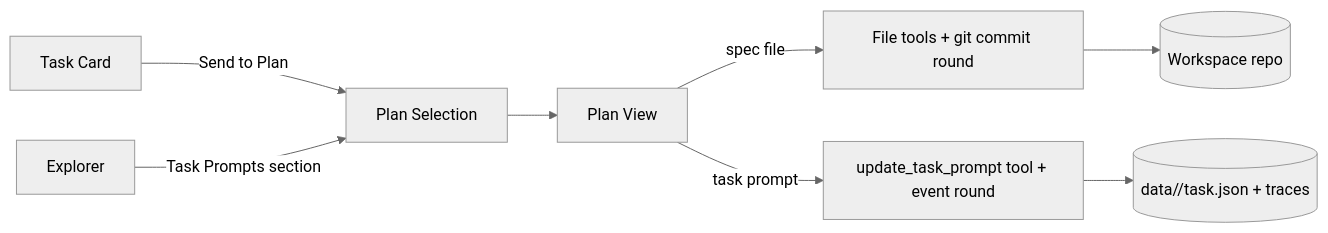
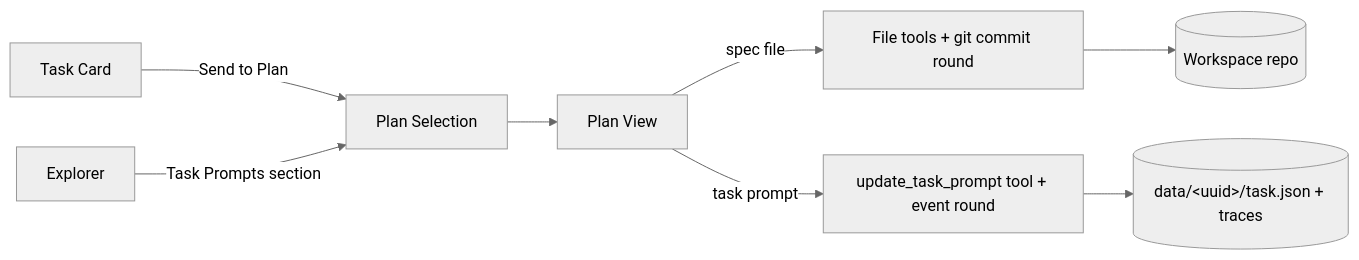
One commit to changkun/wallfacer changed the first of 2 diagrams in specs/.archive/local/refinement-into-plan.md. Above: the diagram before and after it, drawn with Mermaid (neutral theme). The commit also changed 8 other files, not shown here.

First line of the commit message:
docs,specs: repair mermaid diagrams that rendered wrong

````diff
--- a/specs/.archive/local/refinement-into-plan.md
+++ b/specs/.archive/local/refinement-into-plan.md
@@ -48,10 +48,10 @@
 ```mermaid
 graph LR
   Card[Task Card] -- Send to Plan --> Selector
   Explorer -- Task Prompts section --> Selector
   Selector[Plan Selection] --> Plan[Plan View]
   Plan -- spec file --> FileTools[File tools + git commit round]
   Plan -- task prompt --> TaskTool[update_task_prompt tool + event round]
   FileTools --> Repo[(Workspace repo)]
-  TaskTool --> TaskRec[(data/<uuid>/task.json + traces)]
+  TaskTool --> TaskRec[("data/&lt;uuid&gt;/task.json + traces")]
 ```
````
